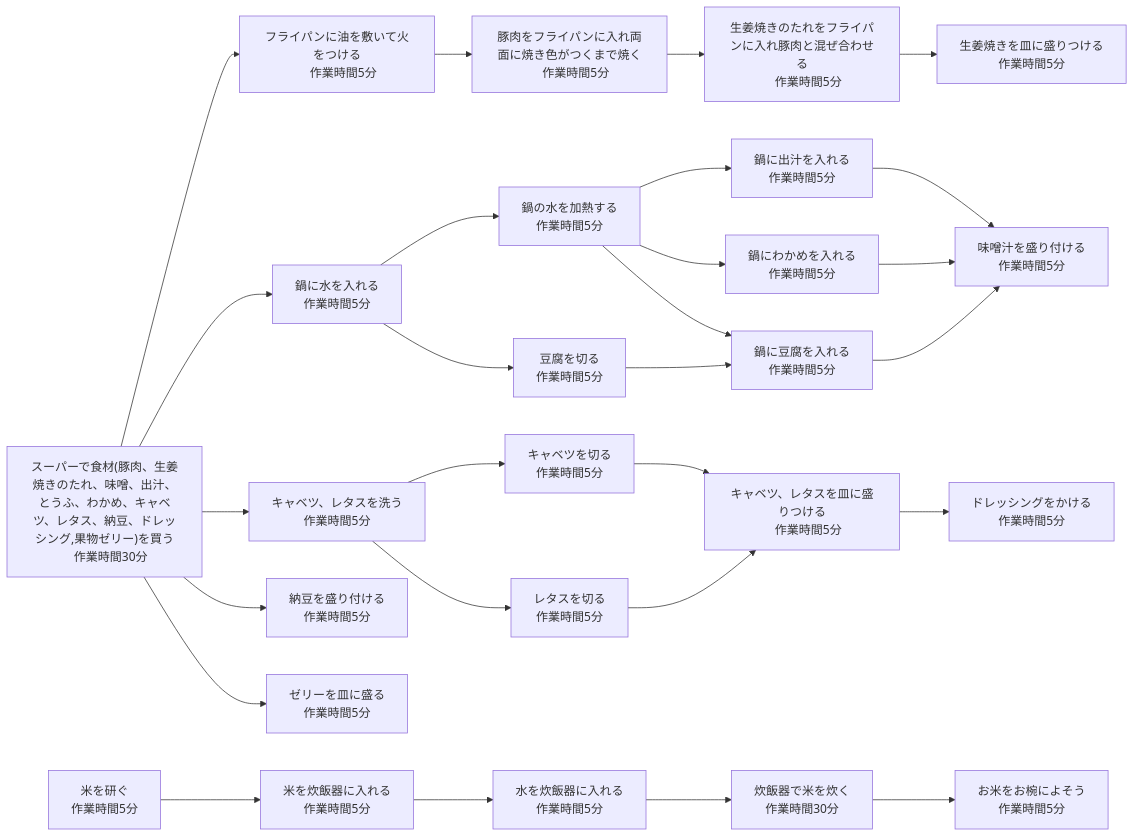
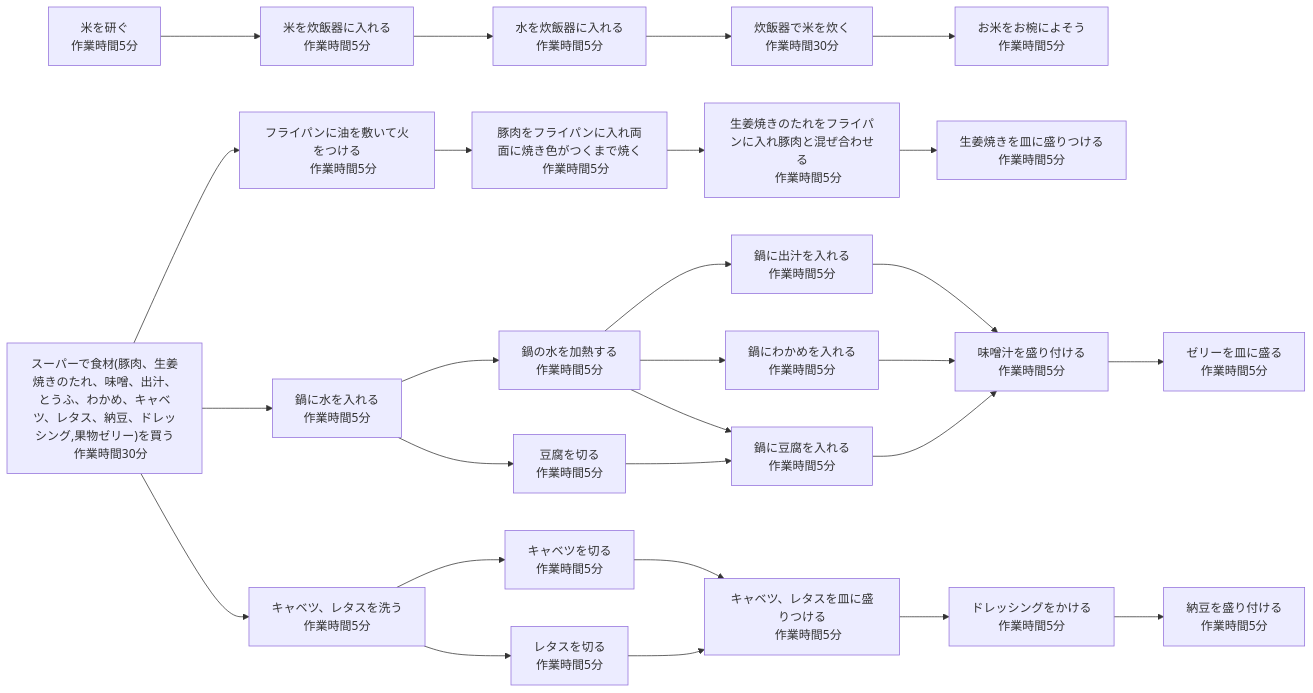
The diagram in WBS_1_5_izon.md (allface017/Teisyoku), drawn with Mermaid before and after one commit.

Commit message:
依存関係図の作成

````diff
--- a/WBS_1_5_izon.md
+++ b/WBS_1_5_izon.md
@@ -1,78 +1,78 @@
 ```mermaid
 flowchart LR
     super["スーパーで食材(豚肉、生姜焼きのたれ、味噌、出汁、とうふ、わかめ、キャベツ、レタス、納豆、ドレッシング,果物ゼリー)を買う
     作業時間30分"]
     rise1["米を研ぐ
     作業時間5分"]
     rise2["米を炊飯器に入れる
     作業時間5分"]
     rise3["水を炊飯器に入れる
     作業時間5分"]
     rise4["炊飯器で米を炊く
     作業時間30分"]
     rise5["お米をお椀によそう
     作業時間5分"]
     rise1-->rise2
     rise2-->rise3
     rise3-->rise4
     rise4-->rise5
     meat1["フライパンに油を敷いて火をつける
     作業時間5分"]
     meat2["豚肉をフライパンに入れ両面に焼き色がつくまで焼く
     作業時間5分"]
     meat3["生姜焼きのたれをフライパンに入れ豚肉と混ぜ合わせる
     作業時間5分"]
     meat4["生姜焼きを皿に盛りつける
     作業時間5分"]
     super-->meat1
     meat1-->meat2
     meat2-->meat3
     meat3-->meat4
     miso1["鍋に水を入れる
     作業時間5分"]
     miso2["鍋の水を加熱する
     作業時間5分"]
     miso3["豆腐を切る
     作業時間5分"]
     miso4["鍋に出汁を入れる
     作業時間5分"]
     miso5["鍋にわかめを入れる
     作業時間5分"]
     miso6["鍋に豆腐を入れる
     作業時間5分"]
     miso7["味噌汁を盛り付ける
     作業時間5分"]
     super-->miso1
     miso1-->miso2
     miso1-->miso3
     miso3-->miso6
     miso2-->miso4
     miso2-->miso5
     miso2-->miso6
     miso4-->miso7
     miso5-->miso7
     miso6-->miso7
     sarada1["キャベツ、レタスを洗う
     作業時間5分"]
     sarada2["キャベツを切る
     作業時間5分"]
     sarada3["レタスを切る
     作業時間5分"]
     sarada4["キャベツ、レタスを皿に盛りつける
     作業時間5分"]
     sarada5["ドレッシングをかける
     作業時間5分"]
     sarada6["納豆を盛り付ける
     作業時間5分"]
     super-->sarada1
-    super-->sarada6
     sarada1-->sarada2
     sarada1-->sarada3
     sarada2-->sarada4
     sarada3-->sarada4
     sarada4-->sarada5
+    sarada5-->sarada6
     zeri["ゼリーを皿に盛る
     作業時間5分"]
-    super-->zeri
+    miso7-->zeri
     
 ```
````
